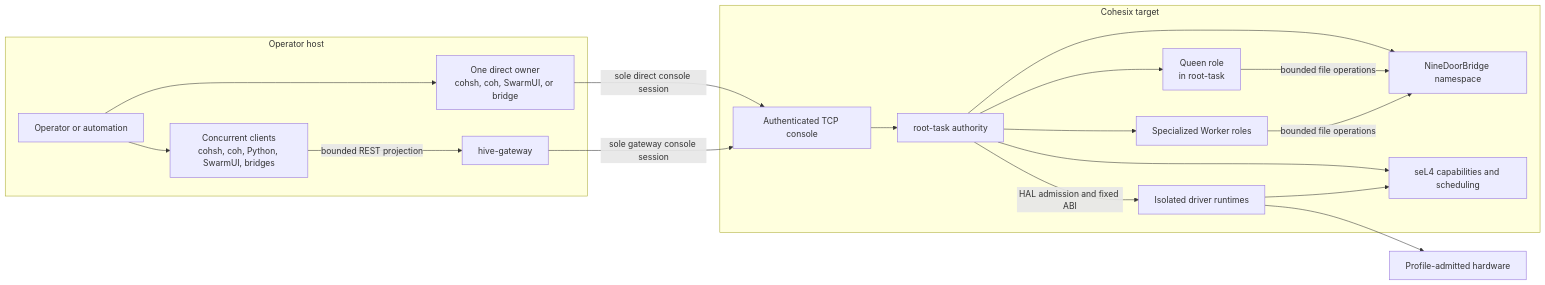
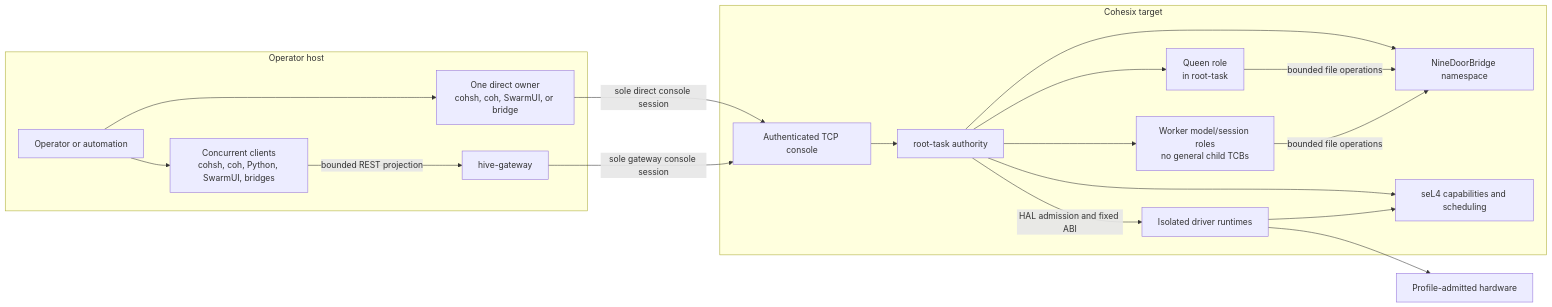
The diagram in README.md (lukeb-aidev/cohesix), drawn with Mermaid before and after one commit. The commit also changed other lines of this file and 108 other files, not shown here.

````diff
--- a/README.md
+++ b/README.md
@@ -93,37 +94,37 @@
 ```mermaid
 flowchart LR
   subgraph Host[Operator host]
     Operator[Operator or automation]
     Direct["One direct owner\ncohsh, coh, SwarmUI, or bridge"]
     Shared["Concurrent clients\ncohsh, coh, Python, SwarmUI, bridges"]
     Gateway[hive-gateway]
     Operator --> Direct
     Operator --> Shared
     Shared -->|bounded REST projection| Gateway
   end
 
   subgraph Target[Cohesix target]
     Console[Authenticated TCP console]
     Root[root-task authority]
     Namespace[NineDoorBridge namespace]
     Queen["Queen role\nin root-task"]
-    Workers[Specialized Worker roles]
+    Workers["Worker model/session roles\nno general child TCBs"]
     Drivers[Isolated driver runtimes]
     Kernel[seL4 capabilities and scheduling]
     Console --> Root
     Root --> Namespace
     Root --> Queen
     Root --> Workers
     Queen -->|bounded file operations| Namespace
     Workers -->|bounded file operations| Namespace
     Root -->|HAL admission and fixed ABI| Drivers
     Root --> Kernel
     Drivers --> Kernel
   end
 
   Hardware[Profile-admitted hardware]
 
   Direct -->|sole direct console session| Console
   Gateway -->|sole gateway console session| Console
   Drivers --> Hardware
 ```
````
